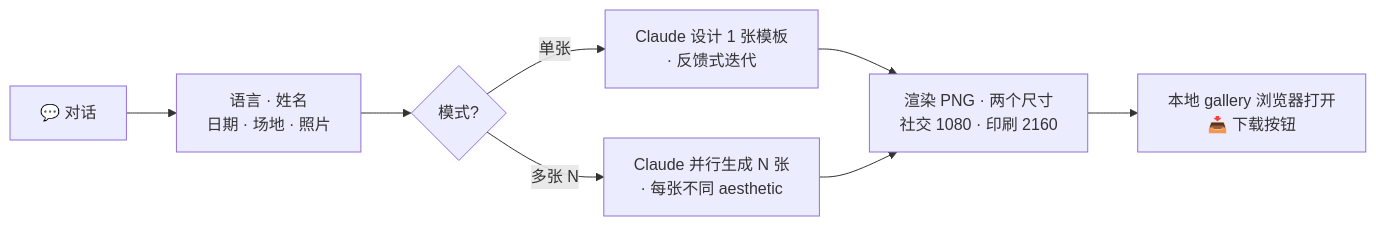
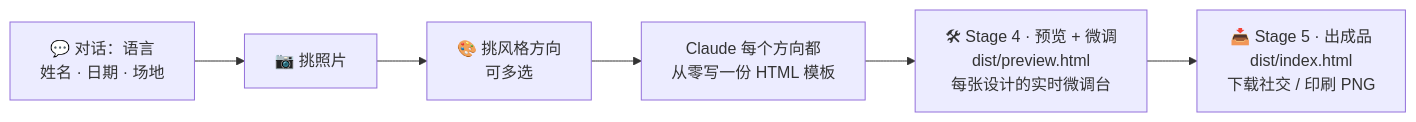
The diagram in README.zh-CN.md (wyx-sg/wedding-invitation-skill), drawn with Mermaid before and after one commit. The commit also changed other lines of this file and 37 other files, not shown here.

````diff
--- a/README.zh-CN.md
+++ b/README.zh-CN.md
@@ -63,10 +86,8 @@
 ```mermaid
 flowchart LR
-    A[💬 对话] --> B[语言 · 姓名<br/>日期 · 场地 · 照片]
-    B --> M{模式?}
-    M -->|单张| S[Claude 设计 1 张模板<br/>· 反馈式迭代]
-    M -->|多张 N| G[Claude 并行生成 N 张<br/>· 每张不同 aesthetic]
-    S --> R[渲染 PNG · 两个尺寸<br/>社交 1080 · 印刷 2160]
-    G --> R
-    R --> O[本地 gallery 浏览器打开<br/>📥 下载按钮]
+    A[💬 对话：语言<br/>姓名 · 日期 · 场地] --> P[📷 挑照片]
+    P --> S[🎨 挑风格方向<br/>可多选]
+    S --> D[Claude 每个方向都<br/>从零写一份 HTML 模板]
+    D --> ST[🛠 Stage 4 · 预览 + 微调<br/>dist/preview.html<br/>每张设计的实时微调台]
+    ST --> DL[📥 Stage 5 · 出成品<br/>dist/index.html<br/>下载社交 / 印刷 PNG]
 ```
````
